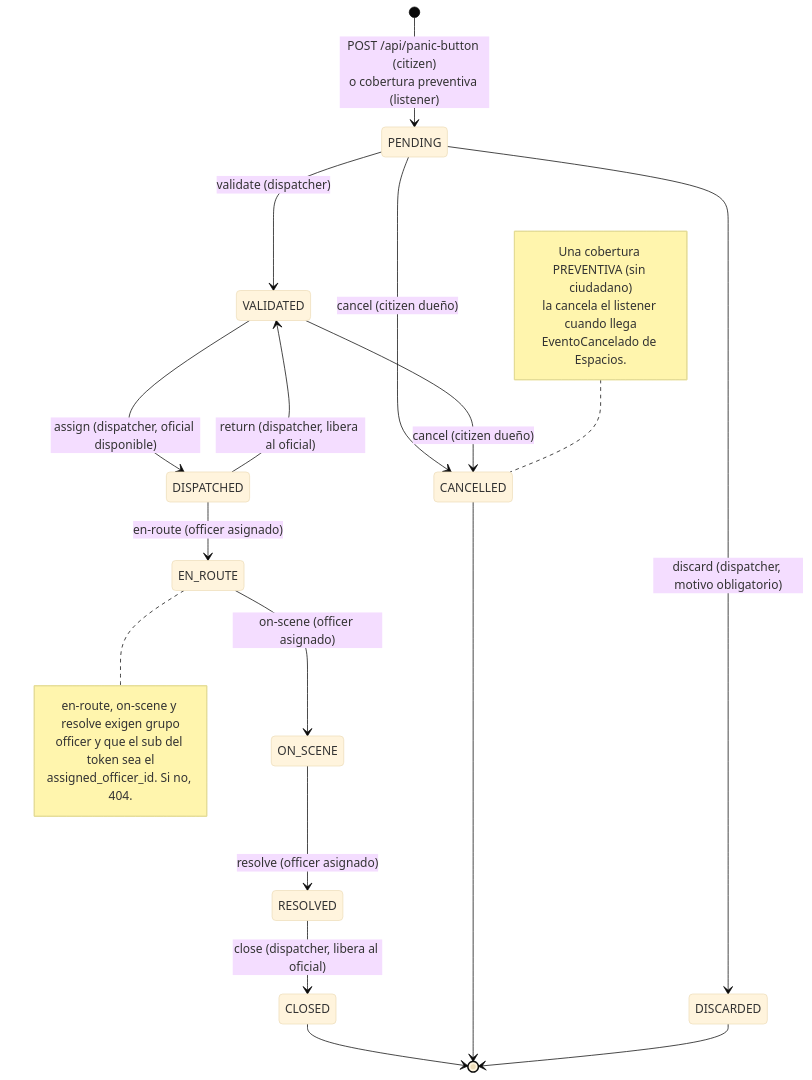
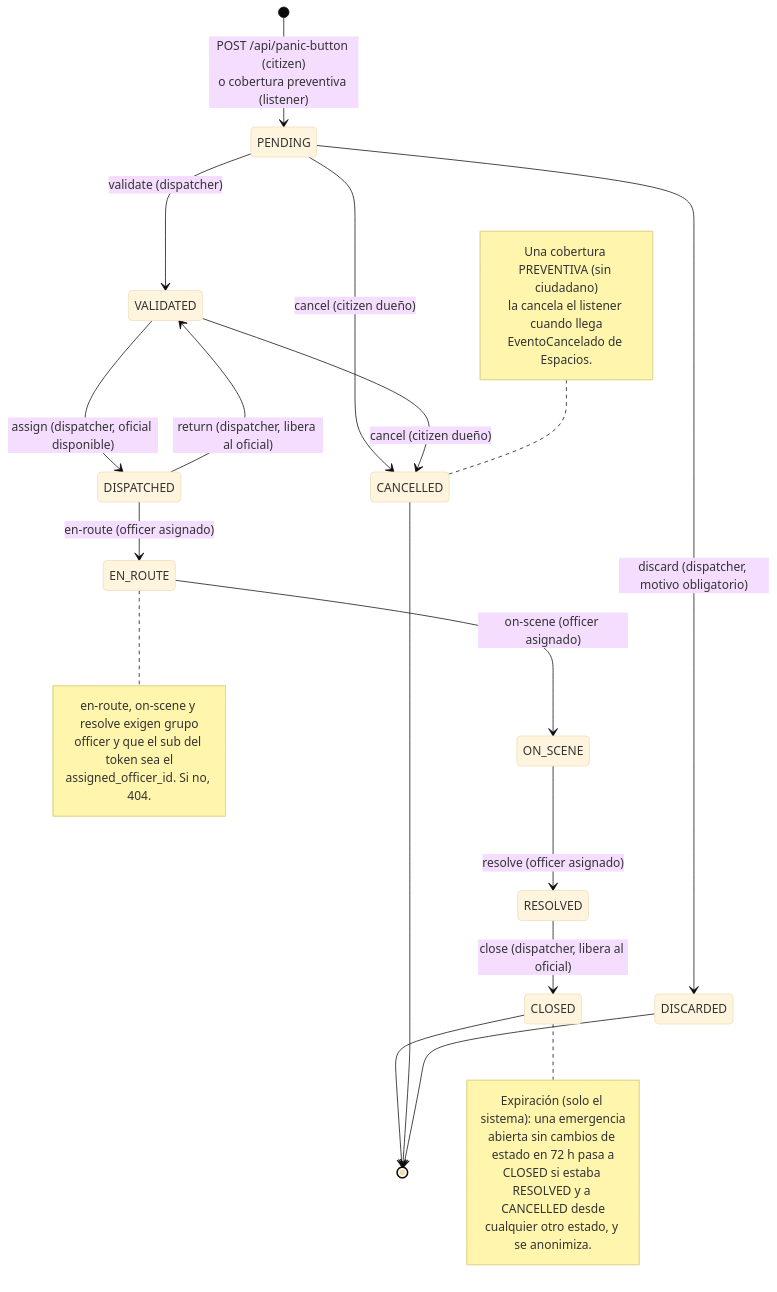
Before and after one commit to G6D2/emergencias-backend: the diagram in docs/diagramas/04-maquina-de-estados.md, drawn with Mermaid (base theme). The commit also changed other lines of this file and 16 other files, not shown here.

First line of the commit message:
feat(emergencias): expirar las emergencias abiertas sin cambios de estado (#97)

````diff
--- a/docs/diagramas/04-maquina-de-estados.md
+++ b/docs/diagramas/04-maquina-de-estados.md
@@ -8,36 +8,43 @@
 ```mermaid
 stateDiagram-v2
     [*] --> PENDING : POST /api/panic-button (citizen)<br/>o cobertura preventiva (listener)
 
     PENDING --> VALIDATED : validate (dispatcher)
     PENDING --> CANCELLED : cancel (citizen dueño)
     PENDING --> DISCARDED : discard (dispatcher, motivo obligatorio)
 
     VALIDATED --> DISPATCHED : assign (dispatcher, oficial disponible)
     VALIDATED --> CANCELLED : cancel (citizen dueño)
 
     DISPATCHED --> EN_ROUTE : en-route (officer asignado)
     DISPATCHED --> VALIDATED : return (dispatcher, libera al oficial)
 
     EN_ROUTE --> ON_SCENE : on-scene (officer asignado)
 
     ON_SCENE --> RESOLVED : resolve (officer asignado)
 
     RESOLVED --> CLOSED : close (dispatcher, libera al oficial)
 
     CLOSED --> [*]
     CANCELLED --> [*]
     DISCARDED --> [*]
 
     note right of EN_ROUTE
         en-route, on-scene y resolve exigen grupo
         officer y que el sub del token sea el
         assigned_officer_id. Si no, 404.
     end note
 
     note left of CANCELLED
         Una cobertura PREVENTIVA (sin ciudadano)
         la cancela el listener cuando llega
         EventoCancelado de Espacios.
     end note
+
+    note right of CLOSED
+        Expiración (solo el sistema): una emergencia
+        abierta sin cambios de estado en 72 h pasa a
+        CLOSED si estaba RESOLVED y a CANCELLED desde
+        cualquier otro estado, y se anonimiza.
+    end note
 ```
````
